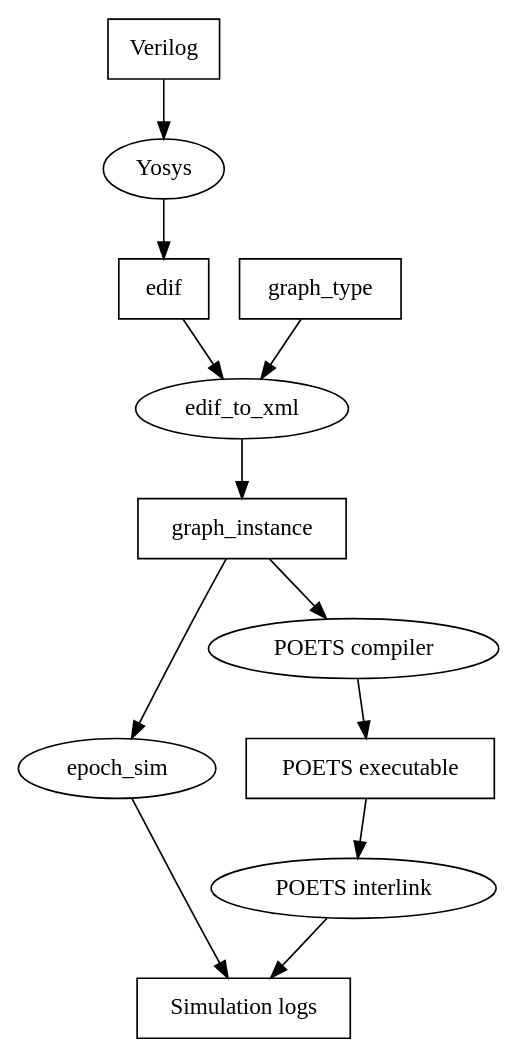
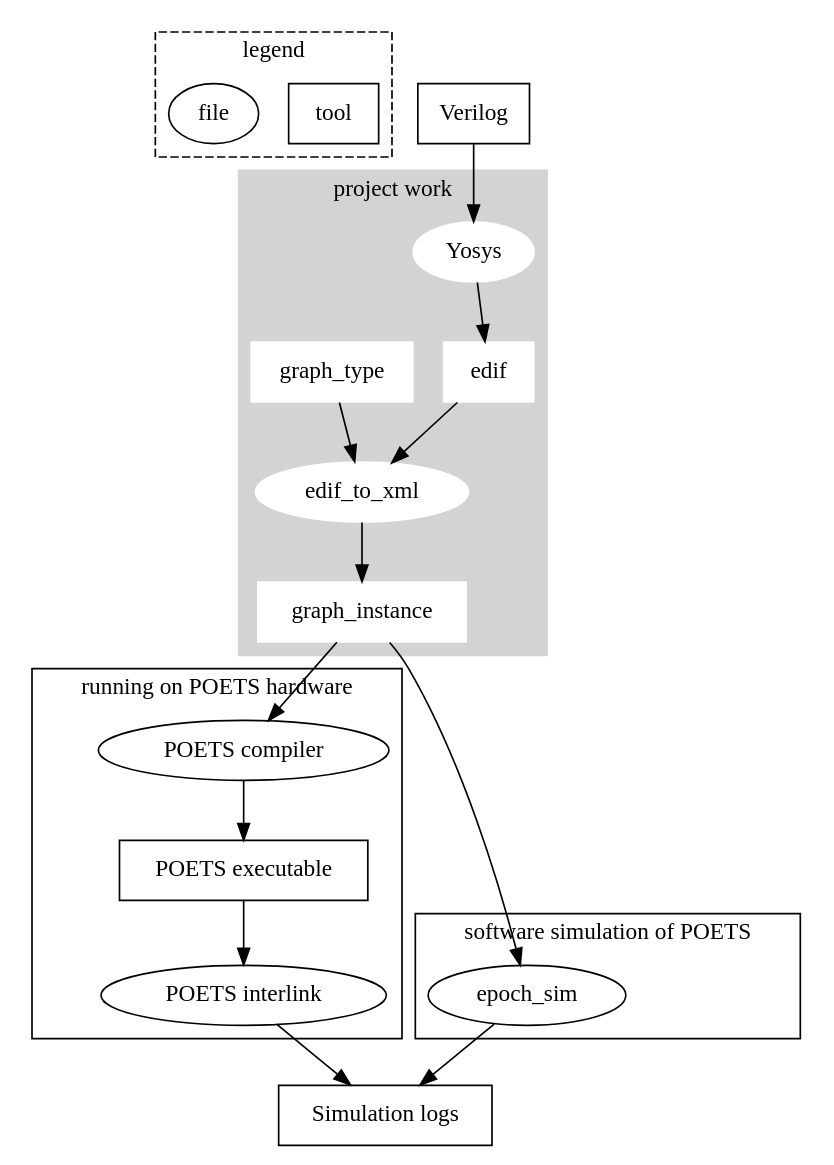
One commit to ThunderMikey/poets_digital_circuit_simulator changed the diagram in docs/graphs/pdcs_flow.gv. Above: the diagram before and after it, drawn with Graphviz.

Commit message:
improve graph style

```diff
--- a/docs/graphs/pdcs_flow.gv
+++ b/docs/graphs/pdcs_flow.gv
@@ -1,31 +1,55 @@
 digraph toolchain {
+  // legends
+  subgraph cluster_legends {
+    label="legend";
+    style=dashed;
+    tool [shape=box];
+    file [shape=ellipse];
+  }
 //  rankdir=LR;
 // box is product
   node [shape=ellipse];
 // circle is tool
   Verilog [shape=box];
+
+  subgraph cluster_project_work {
+    style=filled
+    color=lightgrey;
+    node [style=filled, color=white];
+    Yosys -> edif;
+    edif [shape=box];
+    graph_type [shape=box];
+    graph_instance [shape=box];
+    edif -> edif_to_xml;
+    graph_type -> edif_to_xml;
+    edif_to_xml -> graph_instance;
+    label="project work";
+  }
+
+  subgraph cluster_epochsim {
+    color=black;
+    epoch_sim;
+    label="software simulation of POETS";
+  }
+
+  subgraph cluster_hardwaresim {
+    color=black;
+    pts_xmlc [label="POETS compiler"];
+    pts_xmlc -> pts_exe;
+    pts_exe [label="POETS executable", shape=box];
+    pts_exe -> pts_serve;
+    pts_serve [label="POETS interlink"];
+    label="running on POETS hardware";
+  }
+
   Verilog -> Yosys;
-  Yosys -> edif;
-  edif [shape=box];
-  edif -> edif_to_xml;
-
-  graph_type [shape=box];
-  graph_type -> edif_to_xml;
-  edif_to_xml -> graph_instance;
-  graph_instance [shape=box];
-
   // two paths
   graph_instance -> epoch_sim;
   epoch_sim -> sim_logs;
   sim_logs [label="Simulation logs", shape=box];
 
   graph_instance -> pts_xmlc;
-  pts_xmlc [label="POETS compiler"];
-  pts_xmlc -> pts_exe;
-  pts_exe [label="POETS executable", shape=box];
-  pts_exe -> pts_serve;
-  pts_serve [label="POETS interlink"];
   pts_serve -> sim_logs;
 }
 
 // vim: ft=dot:
```
